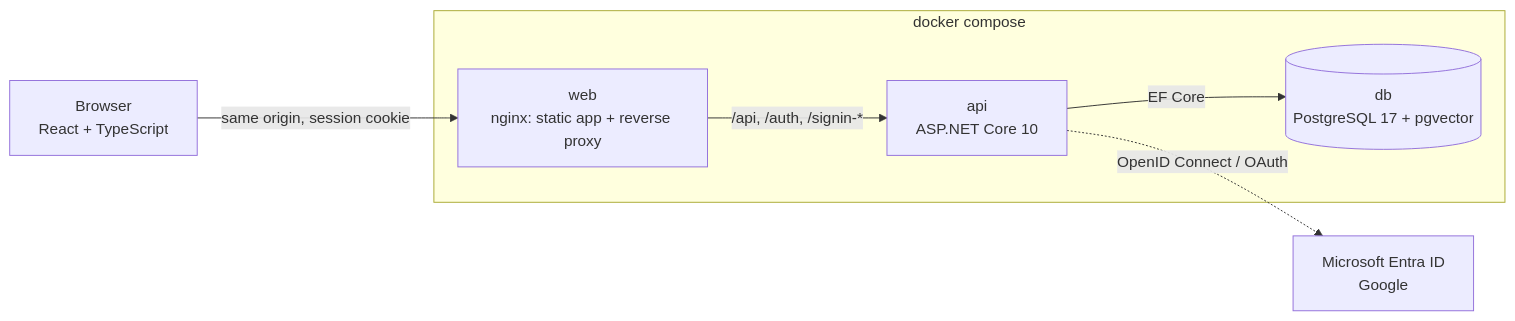
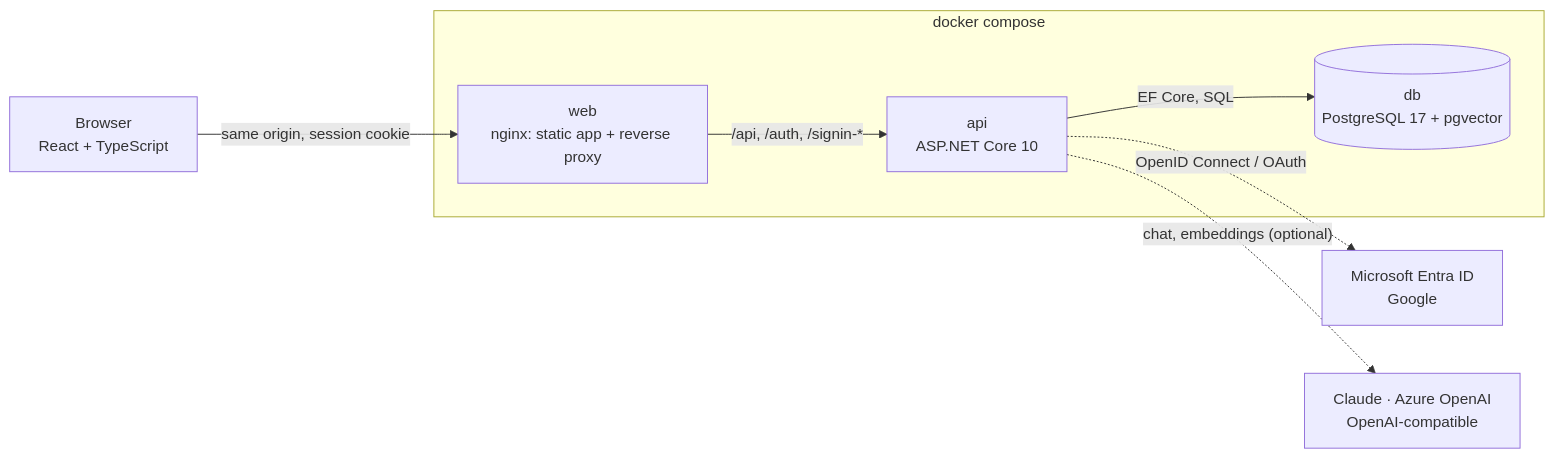
Before and after one commit to gn02ash/cert-coach: the first of 3 diagrams in README.md, drawn with Mermaid. The commit also changed other lines of this file and 2 other files, not shown here.

````diff
--- a/README.md
+++ b/README.md
@@ -54,15 +76,17 @@
 ```mermaid
 flowchart LR
     browser["Browser<br/>React + TypeScript"]
     subgraph compose["docker compose"]
         web["web<br/>nginx: static app + reverse proxy"]
         api["api<br/>ASP.NET Core 10"]
         db[("db<br/>PostgreSQL 17 + pgvector")]
     end
     idp["Microsoft Entra ID<br/>Google"]
+    llm["Claude · Azure OpenAI<br/>OpenAI-compatible"]
 
     browser -- "same origin, session cookie" --> web
     web -- "/api, /auth, /signin-*" --> api
-    api -- "EF Core" --> db
+    api -- "EF Core, SQL" --> db
     api -. "OpenID Connect / OAuth" .-> idp
+    api -. "chat, embeddings (optional)" .-> llm
 ```
````
